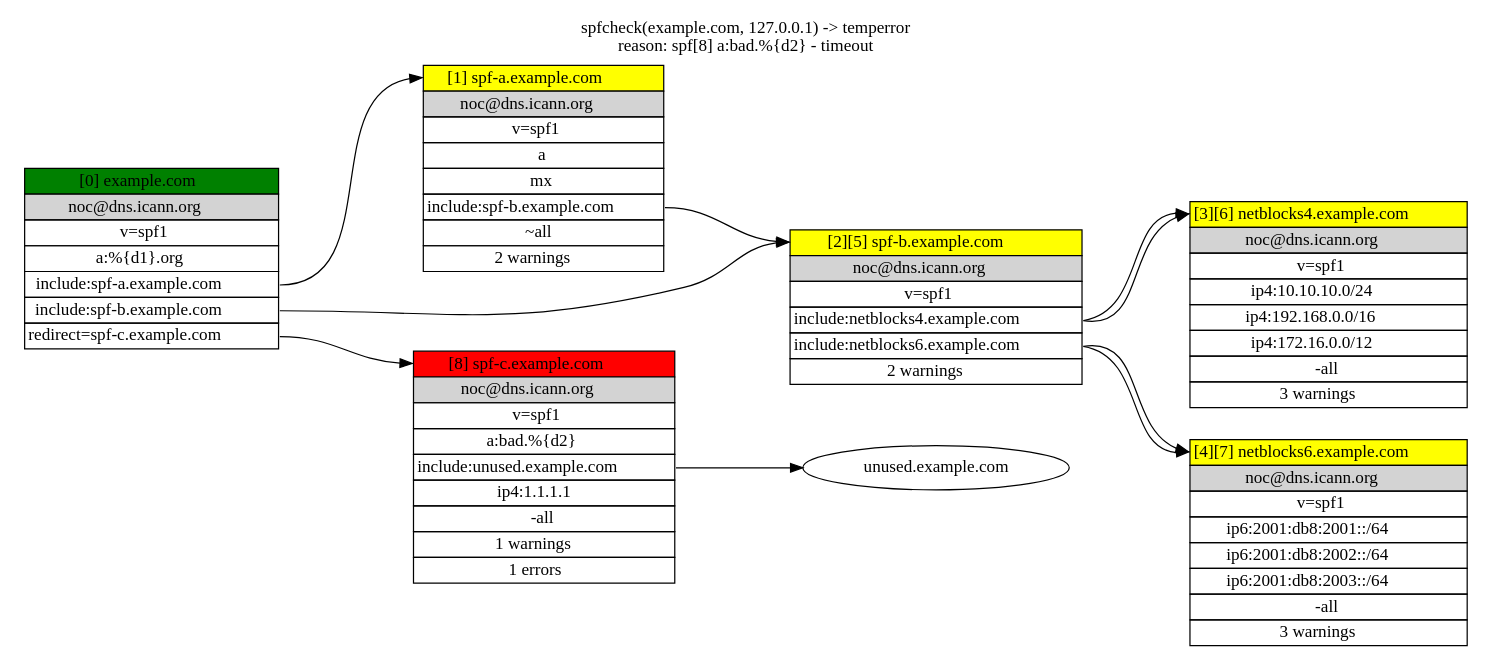
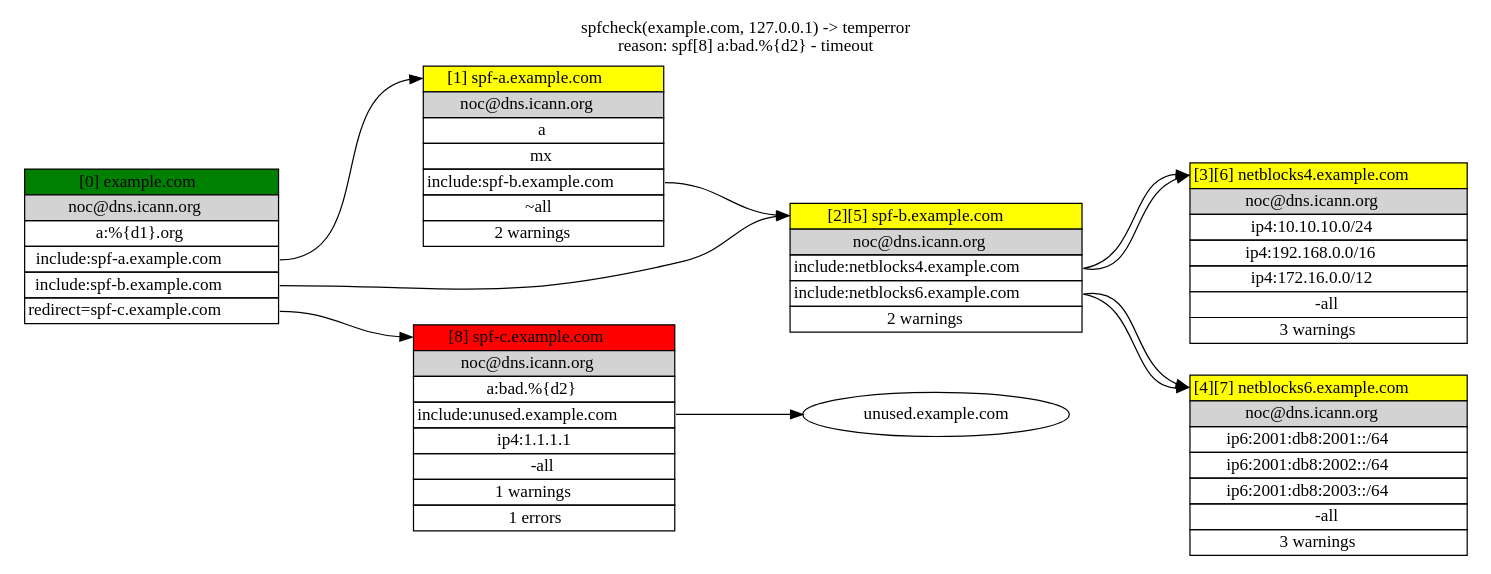
One commit to hertogp/spfcheck changed the diagram in assets/example.com.dot. Above: the diagram before and after it, drawn with Graphviz. The commit also changed 3 other files, not shown here.

```diff
--- a/assets/example.com.dot
+++ b/assets/example.com.dot
@@ -1,162 +1,153 @@
 
 digraph SPF {
   label="spfcheck(example.com, 127.0.0.1) -> temperror
 reason: spf[8] a:bad.%{d2} - timeout";
   labelloc="t";
   rankdir="LR";
   ranksep="1.0 equally";
 
   "spf-c.example.com" [label=<
   <TABLE BORDER="0" CELLBORDER="1" CELLSPACING="0">
   <TR><TD PORT="TOP" BGCOLOR="red">[8] spf-c.example.com</TD></TR>
   <TR><TD BGCOLOR="lightgray">noc@dns.icann.org</TD></TR>
-  <TR><TD>v=spf1</TD></TR>
   <TR><TD>a:bad.%{d2}</TD></TR>
   <TR><TD PORT="1">include:unused.example.com</TD></TR>
   <TR><TD>ip4:1.1.1.1</TD></TR>
   <TR><TD>-all</TD></TR>
   <TR><TD>1 warnings</TD></TR>
   <TR><TD>1 errors</TD></TR>
   </TABLE>
   >, shape="plaintext"];
 
   "spf-c.example.com":"1" -> "unused.example.com":"TOP";
 
 
 "netblocks6.example.com" [label=<
   <TABLE BORDER="0" CELLBORDER="1" CELLSPACING="0">
   <TR><TD PORT="TOP" BGCOLOR="yellow">[4][7] netblocks6.example.com</TD></TR>
   <TR><TD BGCOLOR="lightgray">noc@dns.icann.org</TD></TR>
-  <TR><TD>v=spf1</TD></TR>
   <TR><TD>ip6:2001:db8:2001::/64</TD></TR>
   <TR><TD>ip6:2001:db8:2002::/64</TD></TR>
   <TR><TD>ip6:2001:db8:2003::/64</TD></TR>
   <TR><TD>-all</TD></TR>
   <TR><TD>3 warnings</TD></TR>
   
   </TABLE>
   >, shape="plaintext"];
 
   
 
 
 "netblocks4.example.com" [label=<
   <TABLE BORDER="0" CELLBORDER="1" CELLSPACING="0">
   <TR><TD PORT="TOP" BGCOLOR="yellow">[3][6] netblocks4.example.com</TD></TR>
   <TR><TD BGCOLOR="lightgray">noc@dns.icann.org</TD></TR>
-  <TR><TD>v=spf1</TD></TR>
   <TR><TD>ip4:10.10.10.0/24</TD></TR>
   <TR><TD>ip4:192.168.0.0/16</TD></TR>
   <TR><TD>ip4:172.16.0.0/12</TD></TR>
   <TR><TD>-all</TD></TR>
   <TR><TD>3 warnings</TD></TR>
   
   </TABLE>
   >, shape="plaintext"];
 
   
 
 
 "spf-b.example.com" [label=<
   <TABLE BORDER="0" CELLBORDER="1" CELLSPACING="0">
   <TR><TD PORT="TOP" BGCOLOR="yellow">[2][5] spf-b.example.com</TD></TR>
   <TR><TD BGCOLOR="lightgray">noc@dns.icann.org</TD></TR>
-  <TR><TD>v=spf1</TD></TR>
   <TR><TD PORT="0">include:netblocks4.example.com</TD></TR>
   <TR><TD PORT="1">include:netblocks6.example.com</TD></TR>
   <TR><TD>2 warnings</TD></TR>
   
   </TABLE>
   >, shape="plaintext"];
 
   "spf-b.example.com":"0" -> "netblocks4.example.com":"TOP";
   "spf-b.example.com":"1" -> "netblocks6.example.com":"TOP";
 
 
 "netblocks6.example.com" [label=<
   <TABLE BORDER="0" CELLBORDER="1" CELLSPACING="0">
   <TR><TD PORT="TOP" BGCOLOR="yellow">[4][7] netblocks6.example.com</TD></TR>
   <TR><TD BGCOLOR="lightgray">noc@dns.icann.org</TD></TR>
-  <TR><TD>v=spf1</TD></TR>
   <TR><TD>ip6:2001:db8:2001::/64</TD></TR>
   <TR><TD>ip6:2001:db8:2002::/64</TD></TR>
   <TR><TD>ip6:2001:db8:2003::/64</TD></TR>
   <TR><TD>-all</TD></TR>
   <TR><TD>3 warnings</TD></TR>
   
   </TABLE>
   >, shape="plaintext"];
 
   
 
 
 "netblocks4.example.com" [label=<
   <TABLE BORDER="0" CELLBORDER="1" CELLSPACING="0">
   <TR><TD PORT="TOP" BGCOLOR="yellow">[3][6] netblocks4.example.com</TD></TR>
   <TR><TD BGCOLOR="lightgray">noc@dns.icann.org</TD></TR>
-  <TR><TD>v=spf1</TD></TR>
   <TR><TD>ip4:10.10.10.0/24</TD></TR>
   <TR><TD>ip4:192.168.0.0/16</TD></TR>
   <TR><TD>ip4:172.16.0.0/12</TD></TR>
   <TR><TD>-all</TD></TR>
   <TR><TD>3 warnings</TD></TR>
   
   </TABLE>
   >, shape="plaintext"];
 
   
 
 
 "spf-b.example.com" [label=<
   <TABLE BORDER="0" CELLBORDER="1" CELLSPACING="0">
   <TR><TD PORT="TOP" BGCOLOR="yellow">[2][5] spf-b.example.com</TD></TR>
   <TR><TD BGCOLOR="lightgray">noc@dns.icann.org</TD></TR>
-  <TR><TD>v=spf1</TD></TR>
   <TR><TD PORT="0">include:netblocks4.example.com</TD></TR>
   <TR><TD PORT="1">include:netblocks6.example.com</TD></TR>
   <TR><TD>2 warnings</TD></TR>
   
   </TABLE>
   >, shape="plaintext"];
 
   "spf-b.example.com":"0" -> "netblocks4.example.com":"TOP";
   "spf-b.example.com":"1" -> "netblocks6.example.com":"TOP";
 
 
 "spf-a.example.com" [label=<
   <TABLE BORDER="0" CELLBORDER="1" CELLSPACING="0">
   <TR><TD PORT="TOP" BGCOLOR="yellow">[1] spf-a.example.com</TD></TR>
   <TR><TD BGCOLOR="lightgray">noc@dns.icann.org</TD></TR>
-  <TR><TD>v=spf1</TD></TR>
   <TR><TD>a</TD></TR>
   <TR><TD>mx</TD></TR>
   <TR><TD PORT="2">include:spf-b.example.com</TD></TR>
   <TR><TD>~all</TD></TR>
   <TR><TD>2 warnings</TD></TR>
   
   </TABLE>
   >, shape="plaintext"];
 
   "spf-a.example.com":"2" -> "spf-b.example.com":"TOP";
 
 
 "example.com" [label=<
   <TABLE BORDER="0" CELLBORDER="1" CELLSPACING="0">
   <TR><TD PORT="TOP" BGCOLOR="green">[0] example.com</TD></TR>
   <TR><TD BGCOLOR="lightgray">noc@dns.icann.org</TD></TR>
-  <TR><TD>v=spf1</TD></TR>
   <TR><TD>a:%{d1}.org</TD></TR>
   <TR><TD PORT="1">include:spf-a.example.com</TD></TR>
   <TR><TD PORT="2">include:spf-b.example.com</TD></TR>
   <TR><TD PORT="3">redirect=spf-c.example.com</TD></TR>
   
   
   </TABLE>
   >, shape="plaintext"];
 
   "example.com":"1" -> "spf-a.example.com":"TOP";
   "example.com":"2" -> "spf-b.example.com":"TOP";
   "example.com":"3" -> "spf-c.example.com":"TOP";
 
 
   }
```
